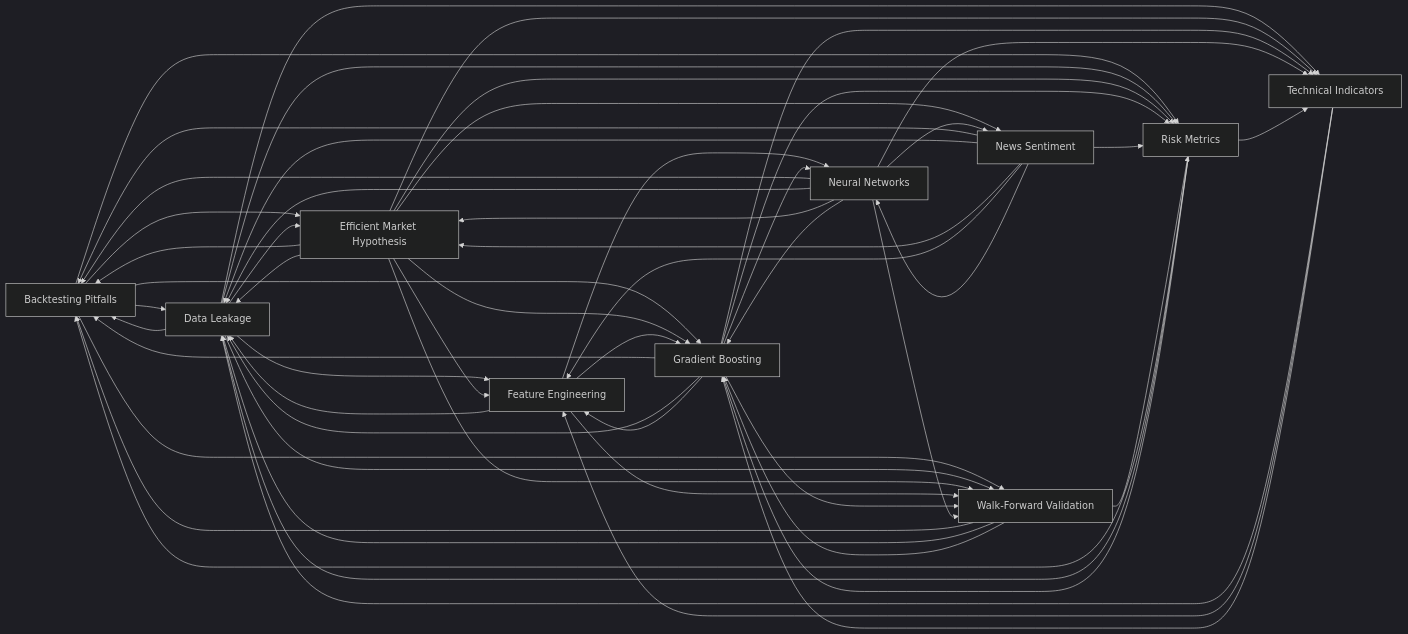
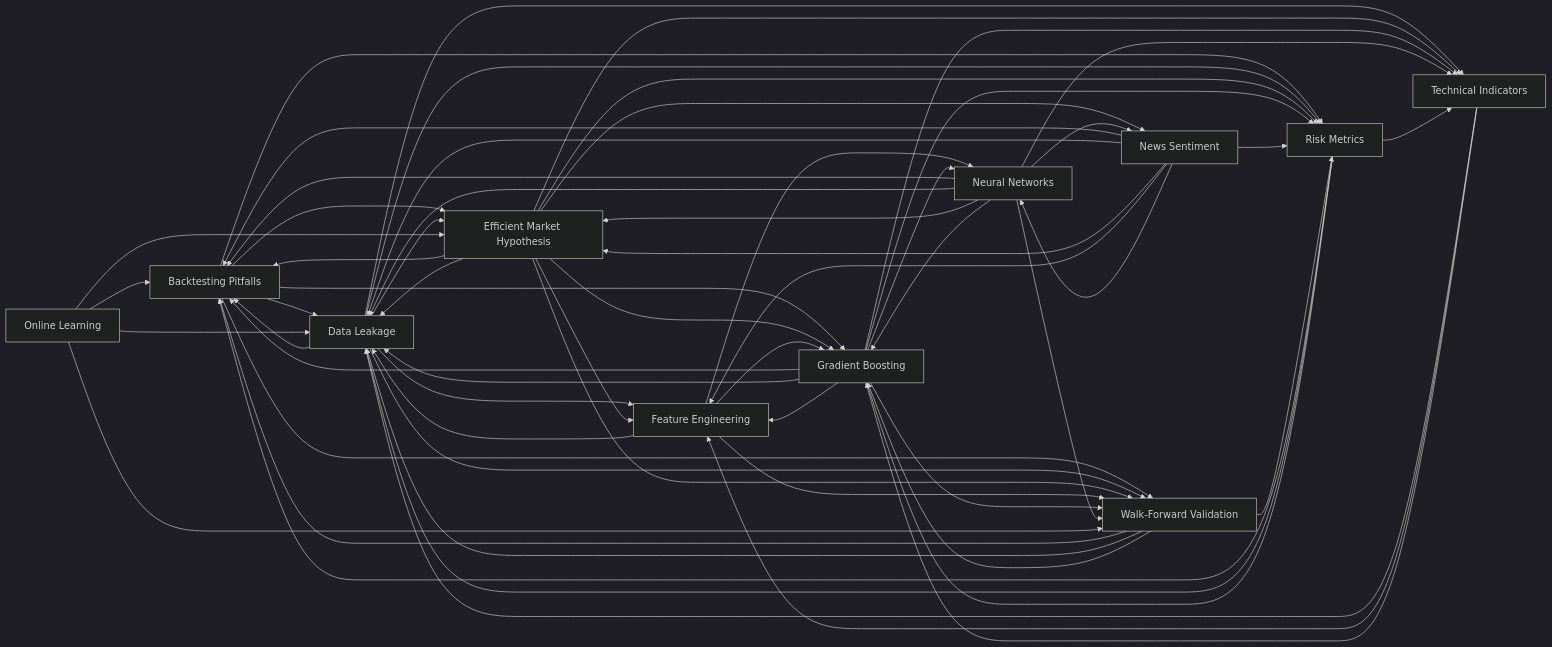
One commit to aferna6-cell/The-Network changed the diagram in brain/Maps/Home.md. Above: the diagram before and after it, drawn with Mermaid (dark theme). The commit also changed other lines of this file and 19 other files, not shown here.

````diff
--- a/brain/Maps/Home.md
+++ b/brain/Maps/Home.md
@@ -9,67 +9,72 @@
 ```mermaid
 graph LR
   backtesting_pitfalls["Backtesting Pitfalls"]
   data_leakage["Data Leakage"]
   efficient_market_hypothesis["Efficient Market Hypothesis"]
   feature_engineering["Feature Engineering"]
   gradient_boosting["Gradient Boosting"]
   neural_networks["Neural Networks"]
   news_sentiment["News Sentiment"]
+  online_learning["Online Learning"]
   risk_metrics["Risk Metrics"]
   technical_indicators["Technical Indicators"]
   walk_forward_validation["Walk-Forward Validation"]
   backtesting_pitfalls --> data_leakage
   backtesting_pitfalls --> efficient_market_hypothesis
   backtesting_pitfalls --> gradient_boosting
   backtesting_pitfalls --> risk_metrics
   backtesting_pitfalls --> walk_forward_validation
   data_leakage --> backtesting_pitfalls
   data_leakage --> efficient_market_hypothesis
   data_leakage --> feature_engineering
   data_leakage --> risk_metrics
   data_leakage --> technical_indicators
   data_leakage --> walk_forward_validation
   efficient_market_hypothesis --> backtesting_pitfalls
   efficient_market_hypothesis --> data_leakage
   efficient_market_hypothesis --> feature_engineering
   efficient_market_hypothesis --> gradient_boosting
   efficient_market_hypothesis --> news_sentiment
   efficient_market_hypothesis --> risk_metrics
   efficient_market_hypothesis --> technical_indicators
   efficient_market_hypothesis --> walk_forward_validation
   feature_engineering --> data_leakage
   feature_engineering --> gradient_boosting
   feature_engineering --> neural_networks
   feature_engineering --> walk_forward_validation
   gradient_boosting --> backtesting_pitfalls
   gradient_boosting --> data_leakage
   gradient_boosting --> feature_engineering
   gradient_boosting --> neural_networks
   gradient_boosting --> risk_metrics
   gradient_boosting --> technical_indicators
   gradient_boosting --> walk_forward_validation
   neural_networks --> backtesting_pitfalls
   neural_networks --> data_leakage
   neural_networks --> efficient_market_hypothesis
   neural_networks --> gradient_boosting
   neural_networks --> news_sentiment
   neural_networks --> technical_indicators
   neural_networks --> walk_forward_validation
   news_sentiment --> backtesting_pitfalls
   news_sentiment --> data_leakage
   news_sentiment --> efficient_market_hypothesis
   news_sentiment --> feature_engineering
   news_sentiment --> neural_networks
   news_sentiment --> risk_metrics
+  online_learning --> backtesting_pitfalls
+  online_learning --> data_leakage
+  online_learning --> efficient_market_hypothesis
+  online_learning --> walk_forward_validation
   risk_metrics --> backtesting_pitfalls
   risk_metrics --> data_leakage
   risk_metrics --> gradient_boosting
   risk_metrics --> technical_indicators
   technical_indicators --> data_leakage
   technical_indicators --> feature_engineering
   technical_indicators --> gradient_boosting
   walk_forward_validation --> backtesting_pitfalls
   walk_forward_validation --> data_leakage
   walk_forward_validation --> gradient_boosting
   walk_forward_validation --> risk_metrics
 ```
````
